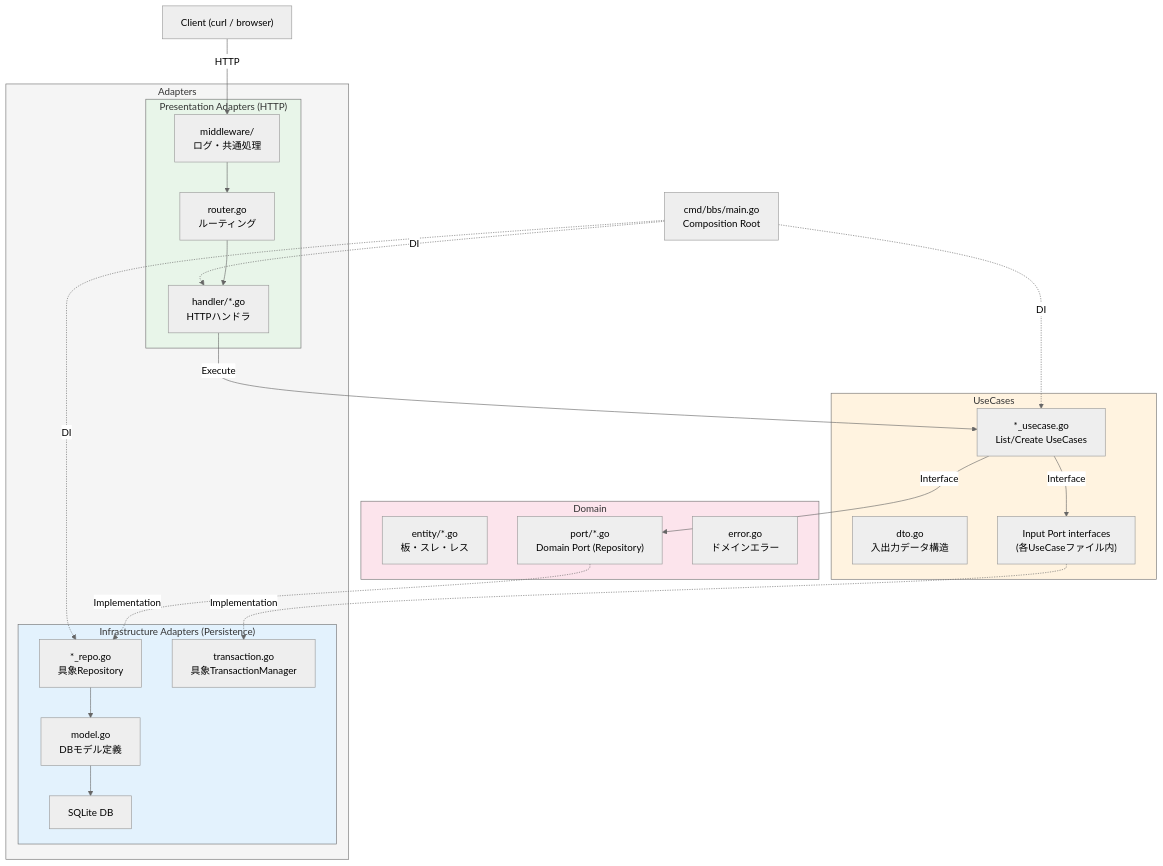
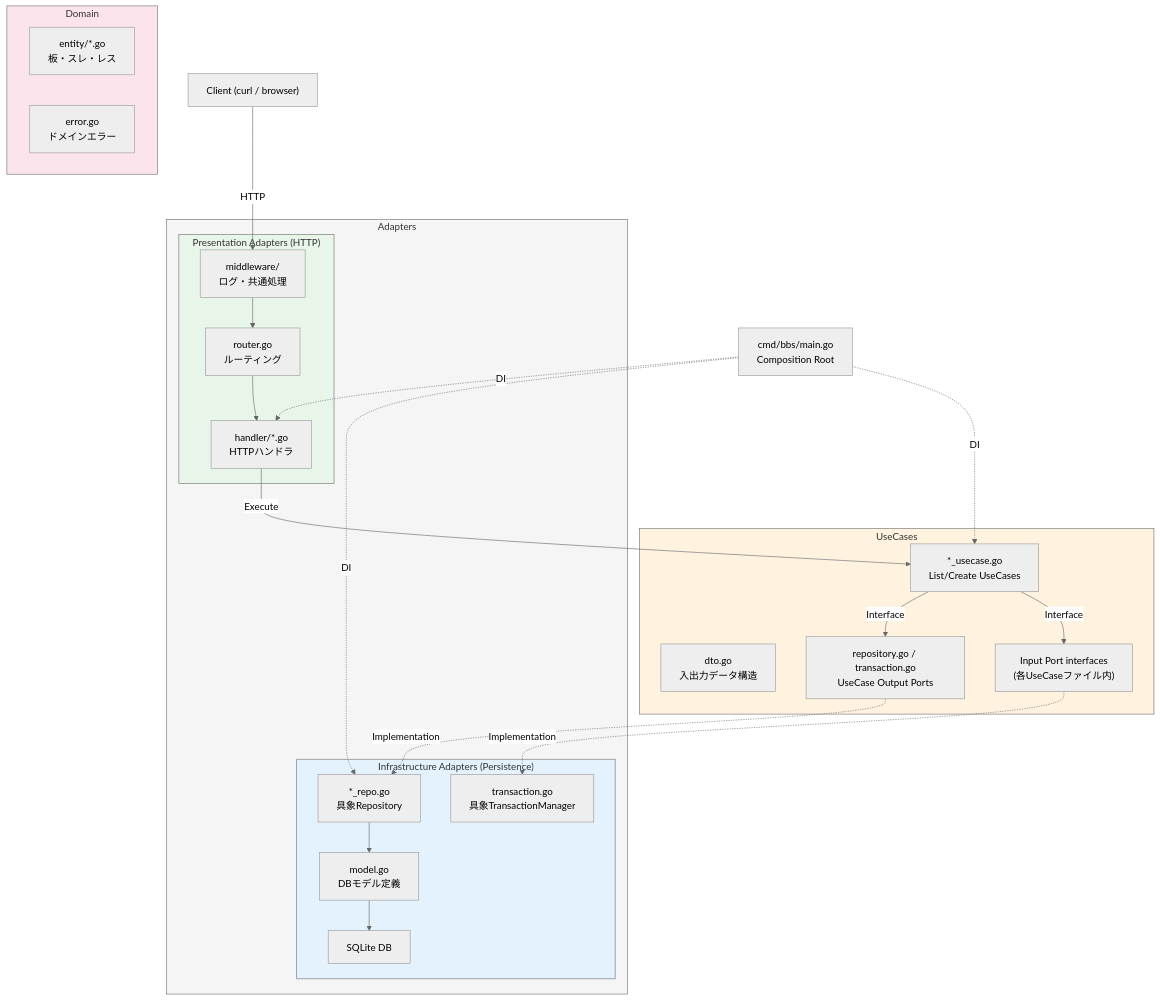
Before and after one commit to sokoide/workshop: the diagram in software/assets/bbs/README_ja.md, drawn with Mermaid (neutral theme). The commit also changed other lines of this file and 29 other files, not shown here.

````diff
--- a/software/assets/bbs/README_ja.md
+++ b/software/assets/bbs/README_ja.md
@@ -89,47 +91,47 @@
 ```mermaid
 graph TB
     subgraph AdaptersLayer [Adapters]
         subgraph Presentation["Presentation Adapters (HTTP)"]
             Router["router.go<br/>ルーティング"]
             Handler["handler/*.go<br/>HTTPハンドラ"]
             MW["middleware/<br/>ログ・共通処理"]
         end
 
         subgraph Infra["Infrastructure Adapters (Persistence)"]
             SQLite["SQLite DB"]
             Repo["*_repo.go<br/>具象Repository"]
             TM["transaction.go<br/>具象TransactionManager"]
             Model["model.go<br/>DBモデル定義"]
         end
     end
 
     subgraph UseCaseLayer ["UseCases"]
         UC["*_usecase.go<br/>List/Create UseCases"]
         DTO["dto.go<br/>入出力データ構造"]
         UCPort["Input Port interfaces<br/>(各UseCaseファイル内)"]
+        UCOutputPort["repository.go / transaction.go<br/>UseCase Output Ports"]
     end
 
     subgraph DomainLayer ["Domain"]
         Entity["entity/*.go<br/>板・スレ・レス"]
-        DPort["port/*.go<br/>Domain Port (Repository)"]
         Err["error.go<br/>ドメインエラー"]
     end
 
     Client["Client (curl / browser)"] -->|HTTP| MW --> Router --> Handler
     Handler -->|Execute| UC
     UC -->|Interface| UCPort
-    UC -->|Interface| DPort
+    UC -->|Interface| UCOutputPort
     UCPort -.->|Implementation| TM
-    DPort -.->|Implementation| Repo
+    UCOutputPort -.->|Implementation| Repo
     Repo --> Model --> SQLite
 
     Main["cmd/bbs/main.go<br/>Composition Root"] -.->|DI| Handler
     Main -.->|DI| UC
     Main -.->|DI| Repo
 
     style AdaptersLayer fill:#f5f5f5
     style Presentation fill:#e8f5e9
     style UseCaseLayer fill:#fff3e0
     style DomainLayer fill:#fce4ec
     style Infra fill:#e3f2fd
 ```
````
